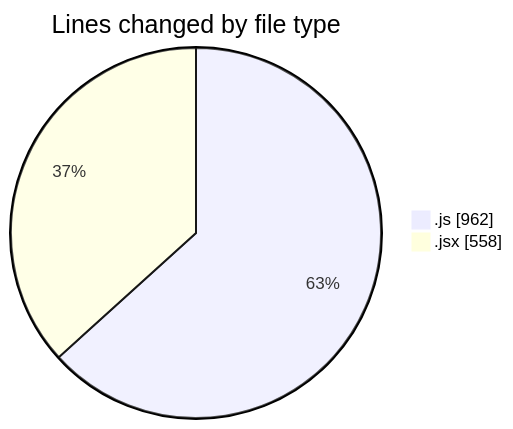
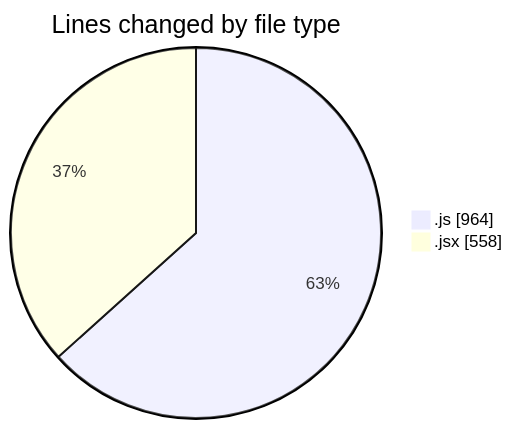
One commit to nxtqubesakshisongat/code-tracking changed the first of 2 diagrams in 2025-08-05/nxtqube_webapp/README.md. Above: the diagram before and after it, drawn with Mermaid. The commit also changed other lines of this file and 1 other file, not shown here.

````diff
--- a/2025-08-05/nxtqube_webapp/README.md
+++ b/2025-08-05/nxtqube_webapp/README.md
@@ -22,6 +22,6 @@
 ```mermaid
 pie showData
 title Lines changed by file type
-".js" : 962
+".js" : 964
 ".jsx" : 558
 ```
````
